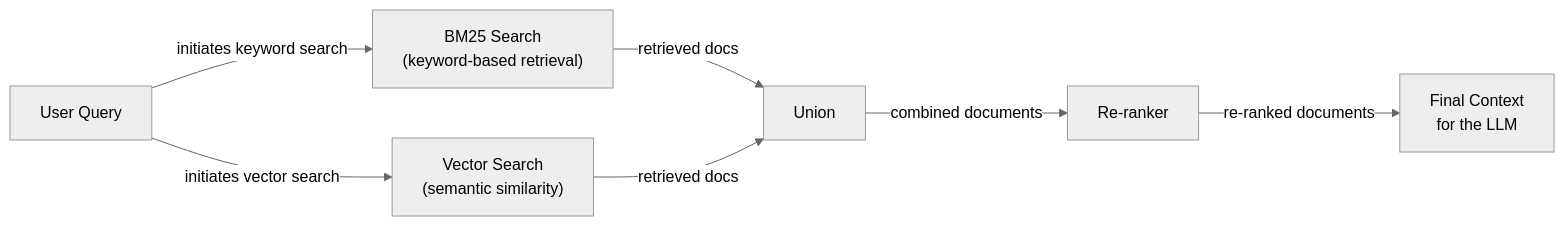
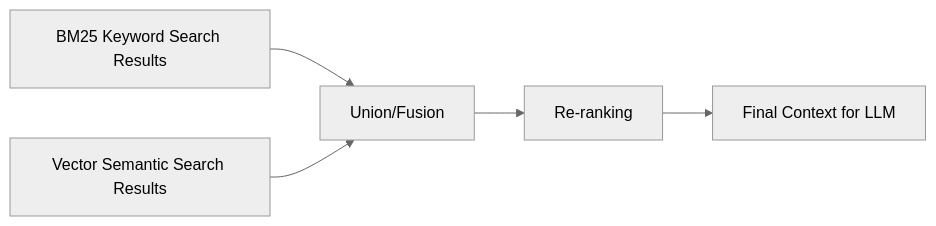
The third of 4 diagrams in RL_researcher_writer_ymaxing/rl_training_data/noise_experiment/09_RAG__var_standard__replicate2__preset0/article_000.md (YMaXing/Research-Agent-reinforced-by-RL), drawn with Mermaid (neutral theme) before and after one commit. The commit also changed other lines of this file and 4528 other files, not shown here.

````diff
--- a/RL_researcher_writer_ymaxing/rl_training_data/noise_experiment/09_RAG__var_standard__replicate2__preset0/article_000.md
+++ b/RL_researcher_writer_ymaxing/rl_training_data/noise_experiment/09_RAG__var_standard__replicate2__preset0/article_000.md
@@ -123,19 +122,13 @@
 ```mermaid
 flowchart LR
-  %% Start of the retrieval process
-  UserQuery["User Query"]
+  BM25["BM25 Keyword Search Results"]
+  Vector["Vector Semantic Search Results"]
+  Union["Union/Fusion"]
+  Reranking["Re-ranking"]
+  FinalContext["Final Context for LLM"]
 
-  %% Parallel retrieval paths
-  UserQuery -- "initiates keyword search" --> BM25["BM25 Search<br/>(keyword-based retrieval)"]
-  UserQuery -- "initiates vector search" --> VectorSearch["Vector Search<br/>(semantic similarity)"]
-
-  %% Combining results from both paths
-  BM25 -- "retrieved docs" --> Union["Union"]
-  VectorSearch -- "retrieved docs" --> Union
-
-  %% Optimizing the order of documents
-  Union -- "combined documents" --> ReRanker["Re-ranker"]
-
-  %% Final output for the LLM
-  ReRanker -- "re-ranked documents" --> FinalContext["Final Context<br/>for the LLM"]
+  BM25 --> Union
+  Vector --> Union
+  Union --> Reranking
+  Reranking --> FinalContext
 ```
````
